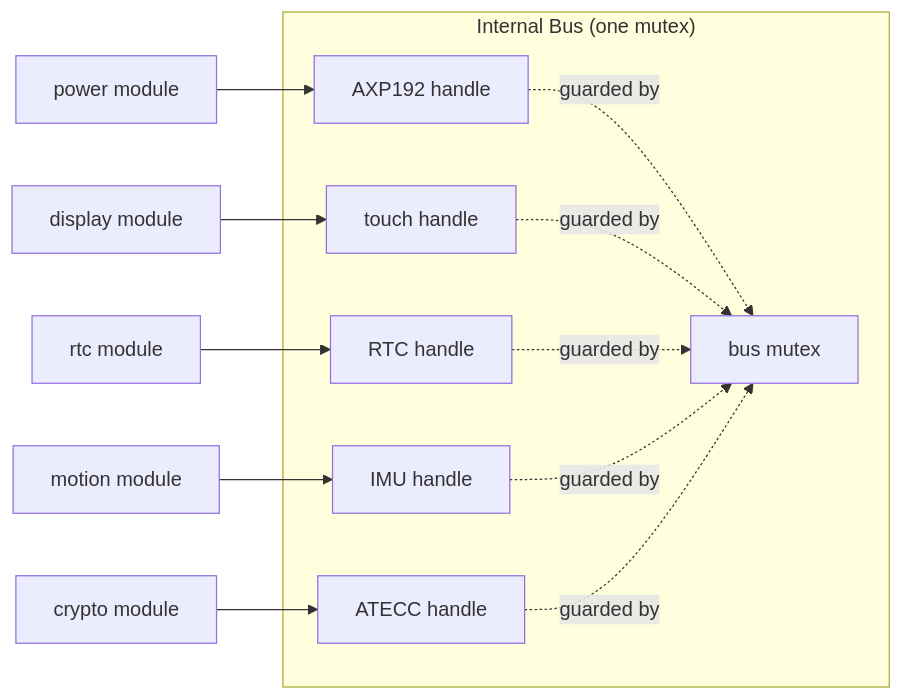
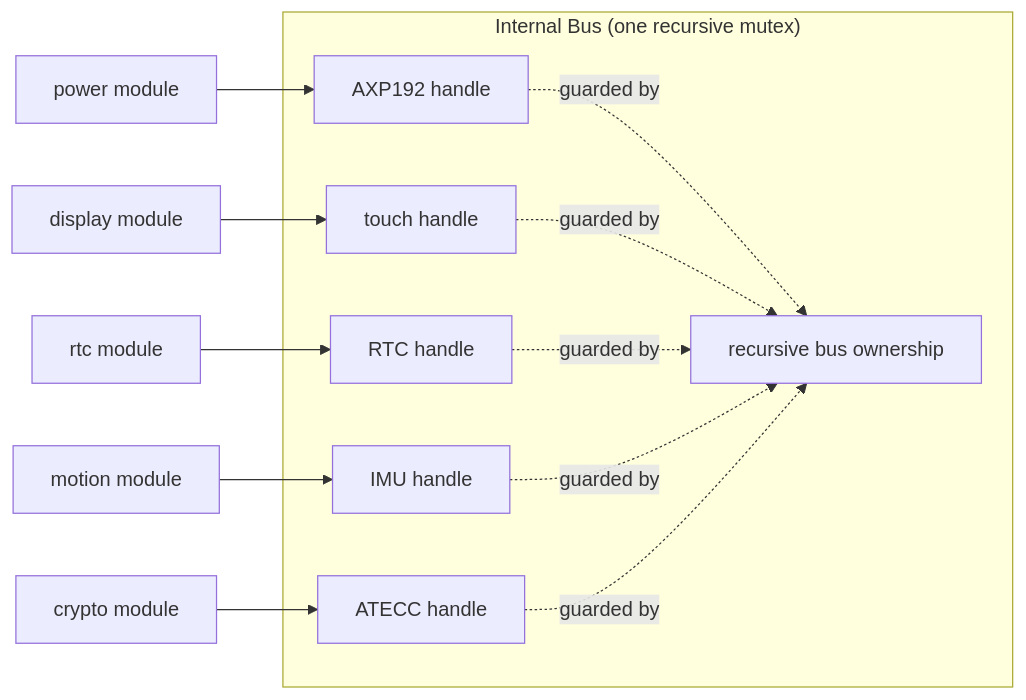
One commit to rashedtalukder/Core2-for-AWS-IoT-EduKit changed the third of 3 diagrams in .claude/design.md. Above: the diagram before and after it, drawn with Mermaid. The commit also changed other lines of this file and 34 other files, not shown here.

````diff
--- a/.claude/design.md
+++ b/.claude/design.md
@@ -168,21 +203,21 @@
 ```mermaid
 graph LR
-    subgraph "Internal Bus (one mutex)"
-        M1["bus mutex"]
+    subgraph "Internal Bus (one recursive mutex)"
+      M1["recursive bus ownership"]
         D1["AXP192 handle"]
         D2["touch handle"]
         D3["RTC handle"]
         D4["IMU handle"]
         D5["ATECC handle"]
     end
     P1["power module"] --> D1
     P2["display module"] --> D2
     P3["rtc module"] --> D3
     P4["motion module"] --> D4
     P5["crypto module"] --> D5
     D1 -.guarded by.-> M1
     D2 -.guarded by.-> M1
     D3 -.guarded by.-> M1
     D4 -.guarded by.-> M1
     D5 -.guarded by.-> M1
 ```
````
